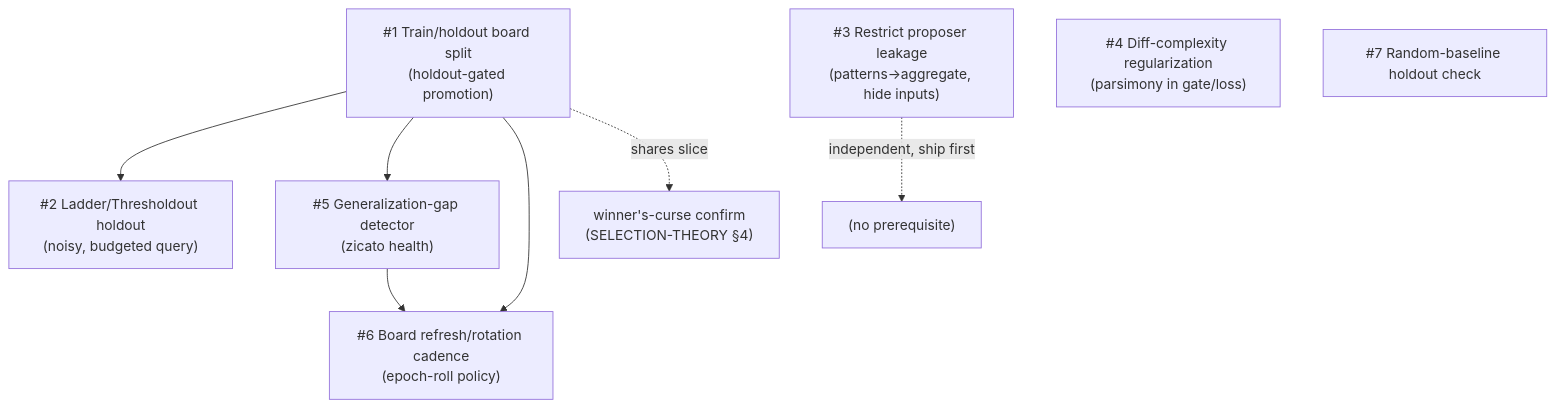
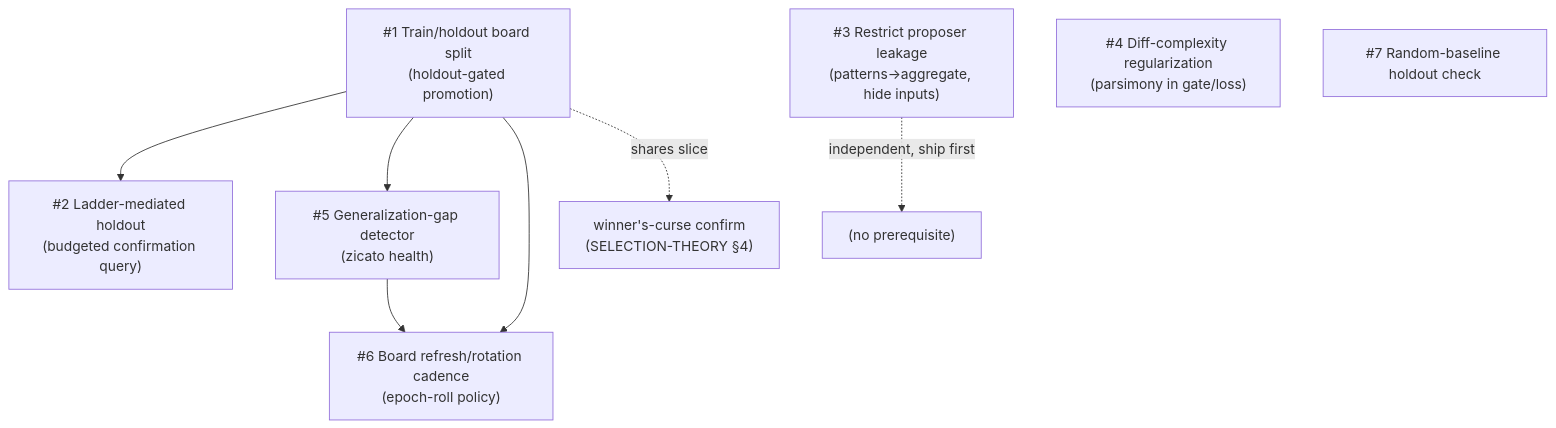
The diagram in docs/design/OVERFITTING.md (pedapudi/zicato), drawn with Mermaid before and after one commit. The commit also changed other lines of this file and 5 other files, not shown here.

First line of the commit message:
Document adaptive holdout query budgeting

````diff
--- a/docs/design/OVERFITTING.md
+++ b/docs/design/OVERFITTING.md
@@ -581,16 +641,16 @@
 ```mermaid
 flowchart TB
     R3["#3 Restrict proposer leakage<br/>(patterns→aggregate, hide inputs)"]
     R1["#1 Train/holdout board split<br/>(holdout-gated promotion)"]
-    R2["#2 Ladder/Thresholdout holdout<br/>(noisy, budgeted query)"]
+    R2["#2 Ladder-mediated holdout<br/>(budgeted confirmation query)"]
     R4["#4 Diff-complexity regularization<br/>(parsimony in gate/loss)"]
     R5["#5 Generalization-gap detector<br/>(zicato health)"]
     R6["#6 Board refresh/rotation cadence<br/>(epoch-roll policy)"]
     R7["#7 Random-baseline holdout check"]
     R1 --> R2
     R1 --> R5
     R1 --> R6
     R1 -. shares slice .-> WC["winner's-curse confirm<br/>(SELECTION-THEORY §4)"]
     R5 --> R6
     R3 -. independent, ship first .-> R3done["(no prerequisite)"]
 ```
````
